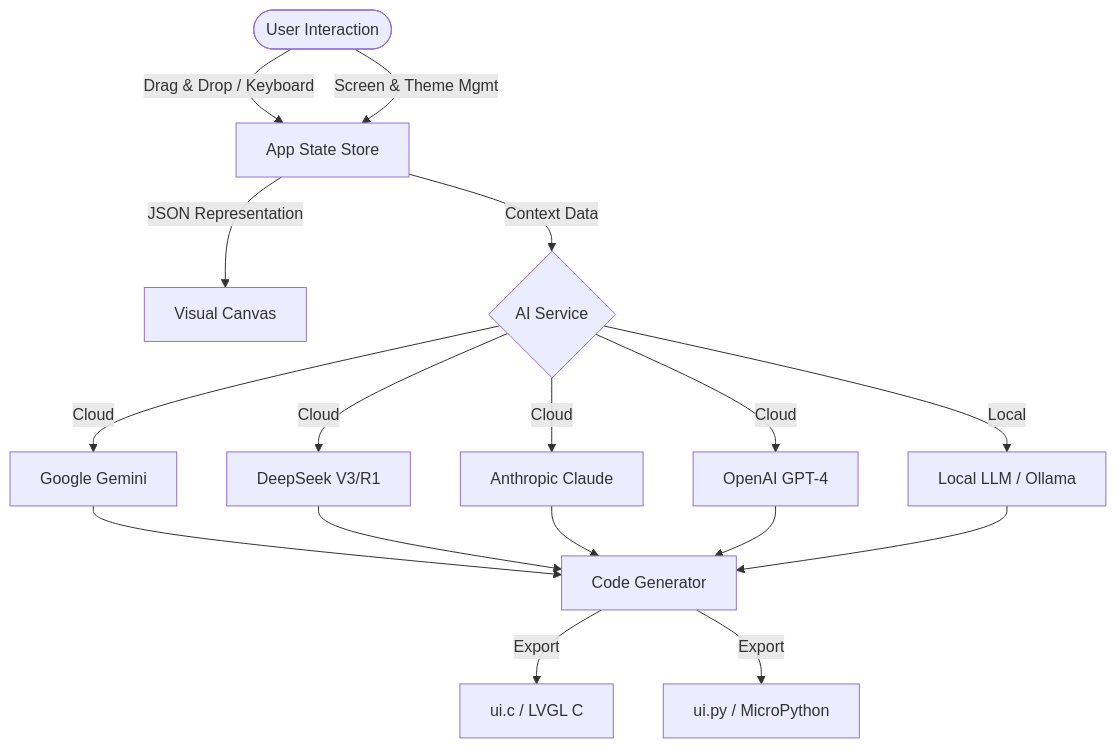
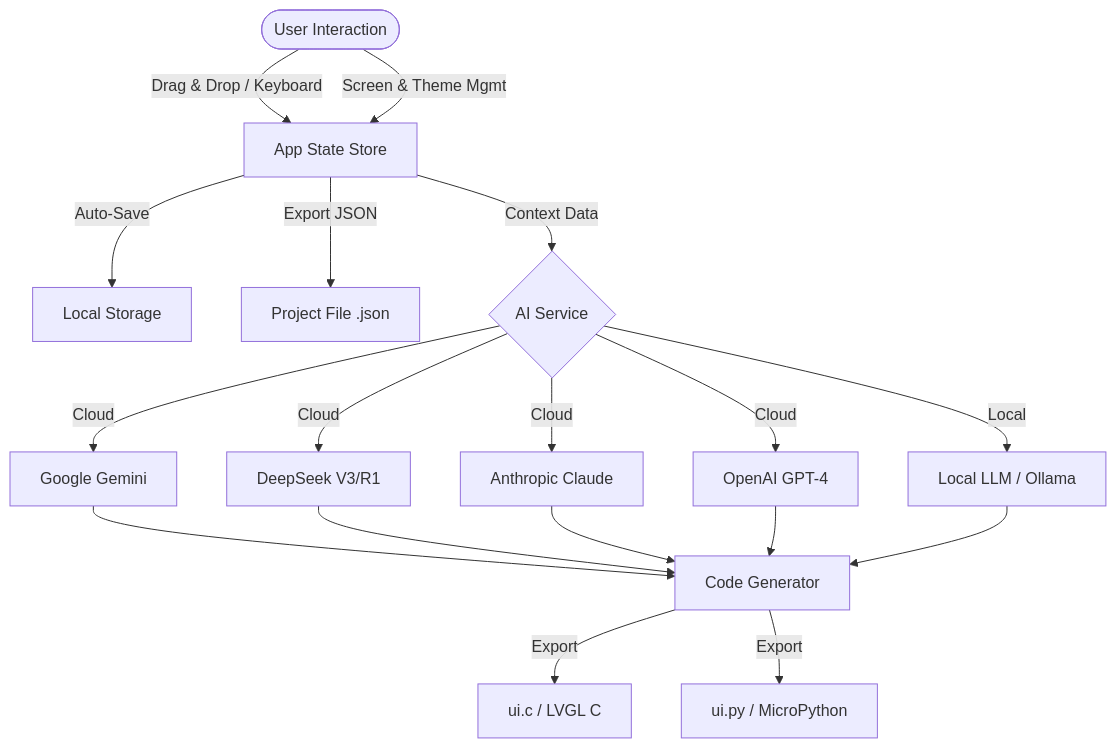
One commit to dazeb/LVGL-AI-Studio changed the diagram in README.md. Above: the diagram before and after it, drawn with Mermaid. The commit also changed other lines of this file and 4 other files, not shown here.

First line of the commit message:
feat: Implement project persistence and import/export

````diff
--- a/README.md
+++ b/README.md
@@ -58,19 +62,20 @@
 ```mermaid
 graph TD
     User([User Interaction]) -->|Drag & Drop / Keyboard| State[App State Store]
     User -->|Screen & Theme Mgmt| State
-    State -->|JSON Representation| Canvas[Visual Canvas]
+    State -->|Auto-Save| LocalStorage[Local Storage]
+    State -->|Export JSON| File[Project File .json]
     State -->|Context Data| AIService{AI Service}
     AIService -->|Cloud| Gemini[Google Gemini]
     AIService -->|Cloud| DeepSeek[DeepSeek V3/R1]
     AIService -->|Cloud| Claude[Anthropic Claude]
     AIService -->|Cloud| OpenAI[OpenAI GPT-4]
     AIService -->|Local| Ollama[Local LLM / Ollama]
     Gemini --> Generator[Code Generator]
     DeepSeek --> Generator
     Claude --> Generator
     OpenAI --> Generator
     Ollama --> Generator
     Generator -->|Export| CFile[ui.c / LVGL C]
     Generator -->|Export| PyFile[ui.py / MicroPython]
 ```
````
